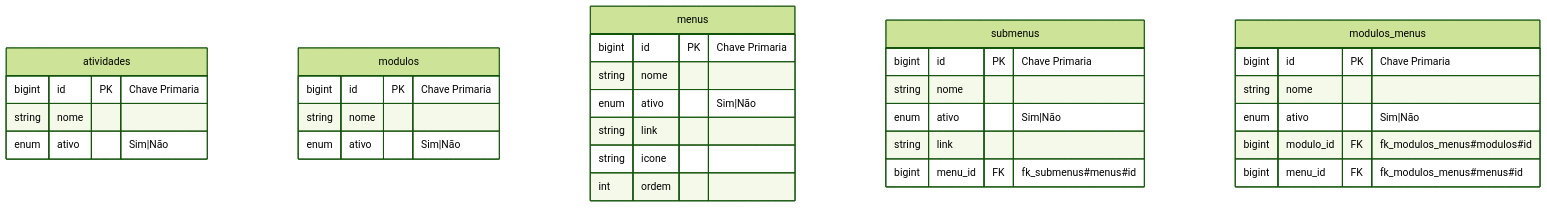
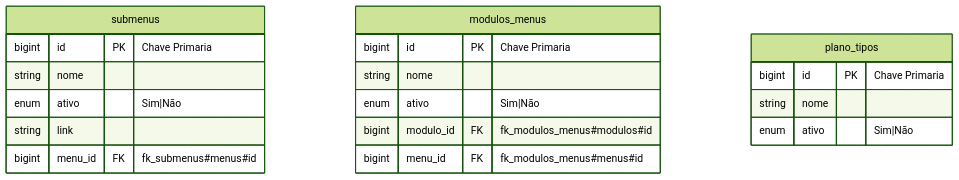
The fifth of 8 diagrams in doc/modulo/laboratório.md (o-novo-dev/projeto-sistema), drawn with Mermaid (forest theme) before and after one commit. The commit also changed other lines of this file, not shown here.

Commit message:
fazendo relacionamento mermaid

````diff
--- a/doc/modulo/laboratório.md
+++ b/doc/modulo/laboratório.md
@@ -49,35 +104,22 @@
 ```mermaid
 erDiagram
-  atividades {
-    bigint id PK "Chave Primaria"
-    string nome
-    enum ativo "Sim|Não"
-  }
-  modulos {
-    bigint id PK "Chave Primaria"
-    string nome
-    enum ativo "Sim|Não"
-  }
-  menus {
-    bigint id PK "Chave Primaria"
-    string nome
-    enum ativo "Sim|Não"
-    string link
-    string icone
-    int ordem
-  }
   submenus {
     bigint id PK "Chave Primaria"
     string nome
     enum ativo "Sim|Não"
     string link
     bigint menu_id FK "fk_submenus#menus#id"
   }
   modulos_menus {
     bigint id PK "Chave Primaria"
     string nome
     enum ativo "Sim|Não"
     bigint modulo_id FK "fk_modulos_menus#modulos#id"
     bigint menu_id FK "fk_modulos_menus#menus#id"
   }
+  plano_tipos {
+    bigint id PK "Chave Primaria"
+    string nome
+    enum ativo "Sim|Não"
+  }
 ```
````
